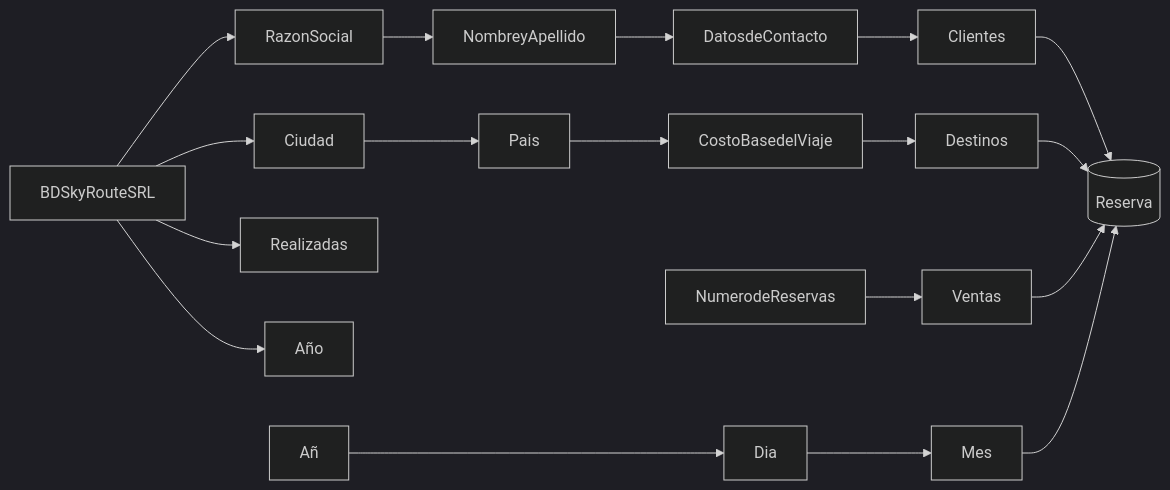
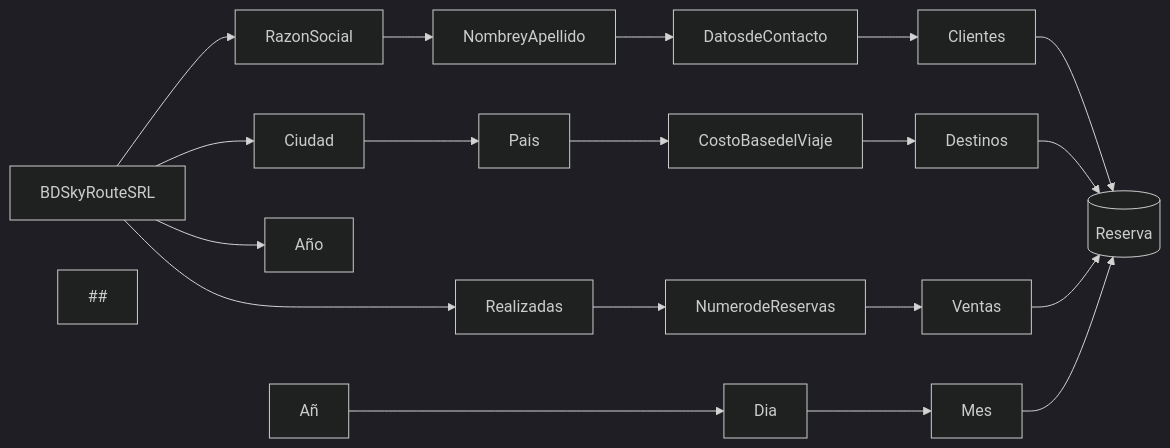
Before and after one commit to Juan-jcm-7/BD: the diagram in README.MD, drawn with Mermaid (dark theme).

````diff
--- a/README.MD
+++ b/README.MD
@@ -1,21 +1,24 @@
 ```mermaid
 graph LR;
   ordersDB[(Reserva)]
   BDSkyRouteSRL-->RazonSocial;
-  BDSkyRouteSRL-->Ciudad
-  BDSkyRouteSRL-->Realizadas
-  RazonSocial-->NombreyApellido
+RazonSocial-->NombreyApellido
   NombreyApellido-->DatosdeContacto;
   DatosdeContacto-->Clientes;
   Clientes-->ordersDB;
+##
+  BDSkyRouteSRL-->Ciudad
   Ciudad-->Pais;
   Pais-->CostoBasedelViaje;
   CostoBasedelViaje-->Destinos;
   Destinos-->ordersDB;
+##
+  BDSkyRouteSRL-->Realizadas
+  Realizadas-->NumerodeReservas
   NumerodeReservas-->Ventas;
   Ventas-->ordersDB;
   BDSkyRouteSRL-->Año;
   Año-->Dia;
   Dia-->Mes;
   Mes-->ordersDB;
 ```
````
